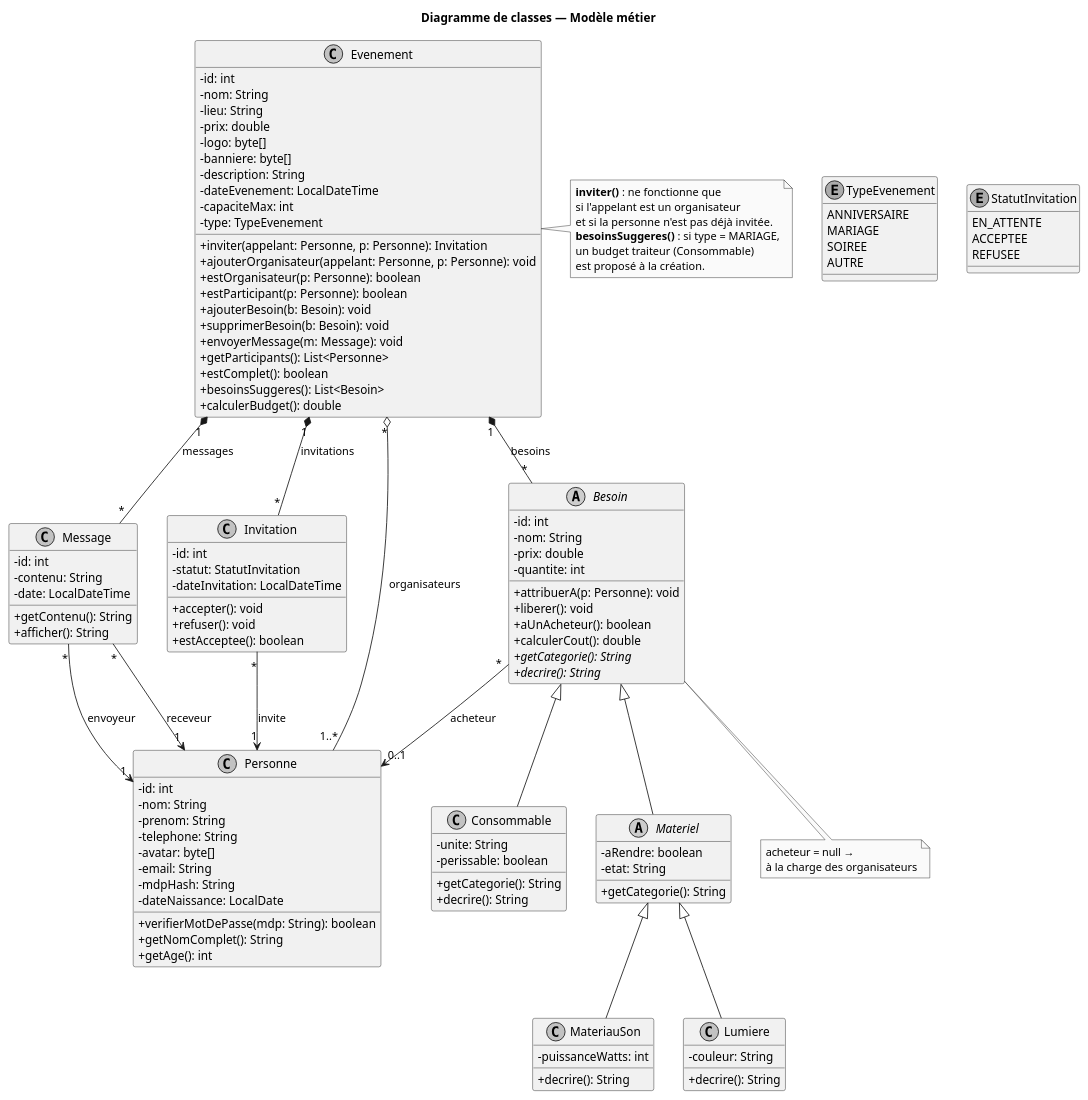
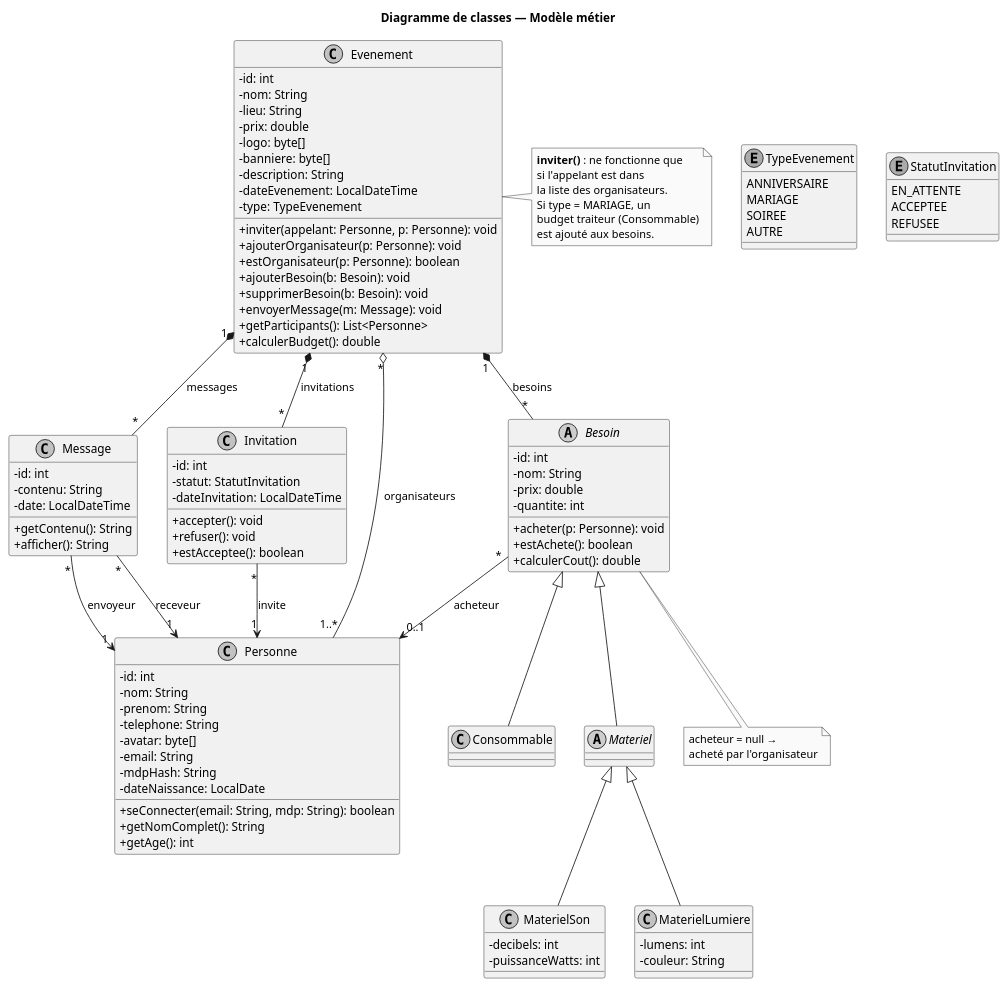
Before and after one commit to Tactiis239/gestion-event: the diagram in doc/uml/classes.puml, drawn with PlantUML. The commit also changed 6 other files, not shown here.

First line of the commit message:
Diagramme de classes de référence rétabli, docs réalignées

```diff
--- a/doc/uml/classes.puml
+++ b/doc/uml/classes.puml
@@ -1,140 +1,125 @@
 @startuml classes
 skinparam shadowing false
 skinparam monochrome true
 skinparam defaultFontName Helvetica
 skinparam classAttributeIconSize 0
 
 title Diagramme de classes — Modèle métier
 
 class Evenement {
   -id: int
   -nom: String
   -lieu: String
   -prix: double
   -logo: byte[]
   -banniere: byte[]
   -description: String
   -dateEvenement: LocalDateTime
-  -capaciteMax: int
   -type: TypeEvenement
-  +inviter(appelant: Personne, p: Personne): Invitation
-  +ajouterOrganisateur(appelant: Personne, p: Personne): void
+  +inviter(appelant: Personne, p: Personne): void
+  +ajouterOrganisateur(p: Personne): void
   +estOrganisateur(p: Personne): boolean
-  +estParticipant(p: Personne): boolean
   +ajouterBesoin(b: Besoin): void
   +supprimerBesoin(b: Besoin): void
   +envoyerMessage(m: Message): void
   +getParticipants(): List<Personne>
-  +estComplet(): boolean
-  +besoinsSuggeres(): List<Besoin>
   +calculerBudget(): double
 }
 
 enum TypeEvenement {
   ANNIVERSAIRE
   MARIAGE
   SOIREE
   AUTRE
 }
 
 class Message {
   -id: int
   -contenu: String
   -date: LocalDateTime
   +getContenu(): String
   +afficher(): String
 }
 
 class Invitation {
   -id: int
   -statut: StatutInvitation
   -dateInvitation: LocalDateTime
   +accepter(): void
   +refuser(): void
   +estAcceptee(): boolean
 }
 
 enum StatutInvitation {
   EN_ATTENTE
   ACCEPTEE
   REFUSEE
 }
 
 abstract class Besoin {
   -id: int
   -nom: String
   -prix: double
   -quantite: int
-  +attribuerA(p: Personne): void
-  +liberer(): void
-  +aUnAcheteur(): boolean
+  +acheter(p: Personne): void
+  +estAchete(): boolean
   +calculerCout(): double
-  +{abstract} getCategorie(): String
-  +{abstract} decrire(): String
 }
 
 class Consommable {
-  -unite: String
-  -perissable: boolean
-  +getCategorie(): String
-  +decrire(): String
 }
 
-abstract class Materiel {
-  -aRendre: boolean
-  -etat: String
-  +getCategorie(): String
+abstract class Materiel
+
+class MaterielSon {
+  -decibels: int
+  -puissanceWatts: int
 }
 
-class MateriauSon {
-  -puissanceWatts: int
-  +decrire(): String
-}
-
-class Lumiere {
+class MaterielLumiere {
+  -lumens: int
   -couleur: String
-  +decrire(): String
 }
 
 class Personne {
   -id: int
   -nom: String
   -prenom: String
   -telephone: String
   -avatar: byte[]
   -email: String
   -mdpHash: String
   -dateNaissance: LocalDate
-  +verifierMotDePasse(mdp: String): boolean
+  +seConnecter(email: String, mdp: String): boolean
   +getNomComplet(): String
   +getAge(): int
 }
 
 Evenement "*" o-- "1..*" Personne : organisateurs
 Evenement "1" *-- "*" Invitation : invitations
 Evenement "1" *-- "*" Besoin : besoins
 Evenement "1" *-- "*" Message : messages
 
 Message "*" --> "1" Personne : envoyeur
 Message "*" --> "1" Personne : receveur
 Invitation "*" --> "1" Personne : invite
 Besoin "*" --> "0..1" Personne : acheteur
 
 Besoin <|-- Consommable
 Besoin <|-- Materiel
-Materiel <|-- MateriauSon
-Materiel <|-- Lumiere
+Materiel <|-- MaterielSon
+Materiel <|-- MaterielLumiere
 
 note right of Evenement
   **inviter()** : ne fonctionne que
-  si l'appelant est un organisateur
-  et si la personne n'est pas déjà invitée.
-  **besoinsSuggeres()** : si type = MARIAGE,
-  un budget traiteur (Consommable)
-  est proposé à la création.
+  si l'appelant est dans
+  la liste des organisateurs.
+  Si type = MARIAGE, un
+  budget traiteur (Consommable)
+  est ajouté aux besoins.
 end note
 
-note "acheteur = null →\nà la charge des organisateurs" as N2
+note "acheteur = null →\nacheté par l'organisateur" as N2
 Besoin .. N2
 
 @enduml
```
